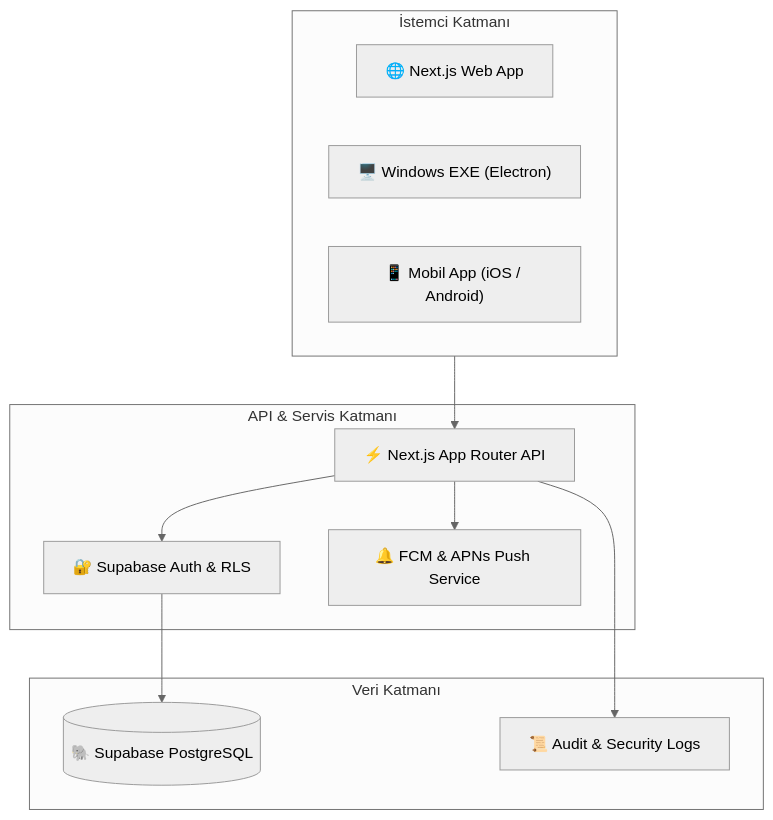
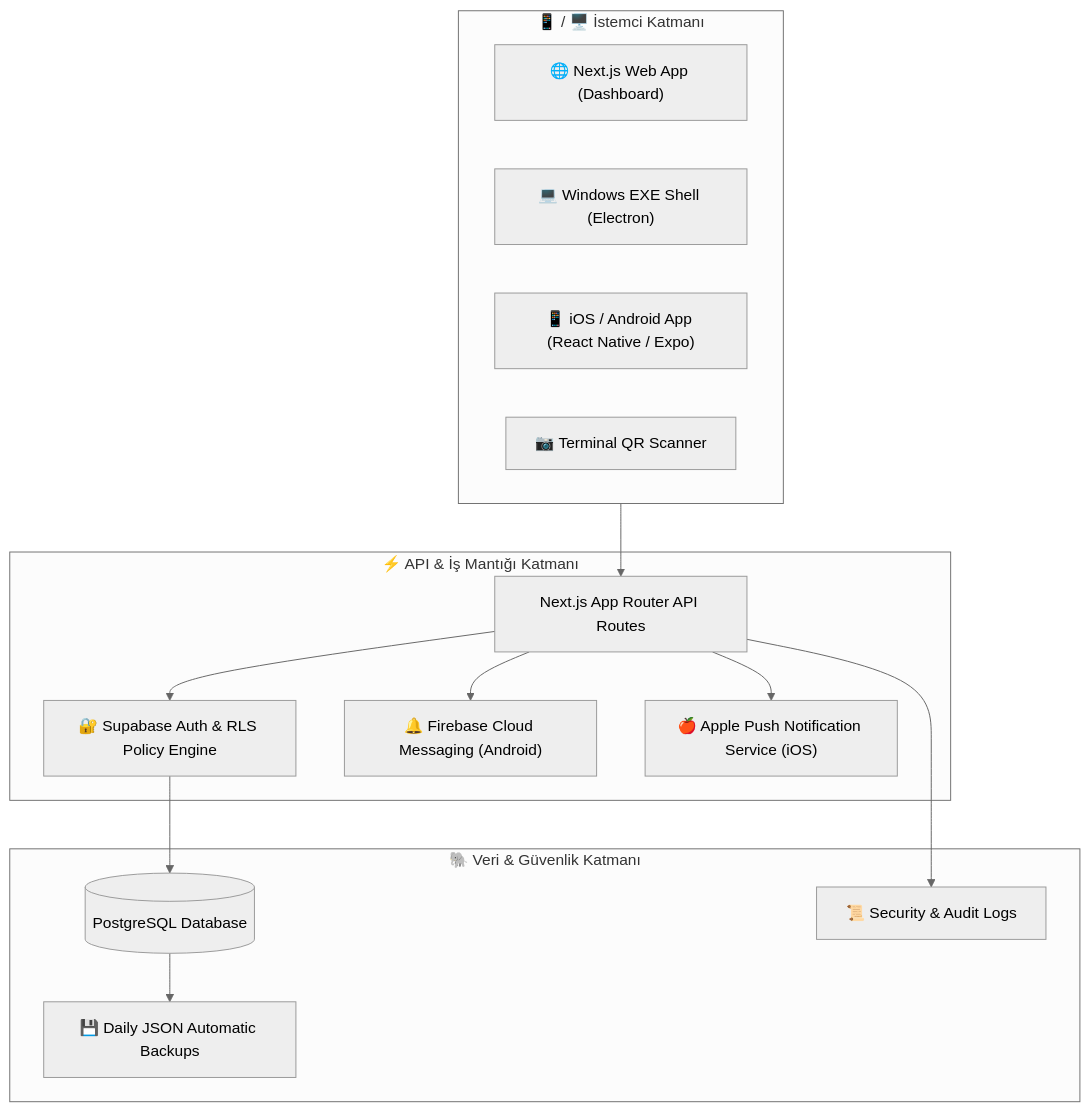
One commit to wasycim/hesap changed the diagram in README.md. Above: the diagram before and after it, drawn with Mermaid (neutral theme). The commit also changed other lines of this file, not shown here.

````diff
--- a/README.md
+++ b/README.md
@@ -66,25 +78,30 @@
 ```mermaid
 flowchart TD
-    subgraph Client["İstemci Katmanı"]
-        WEB["🌐 Next.js Web App"]
-        EXE["🖥️ Windows EXE (Electron)"]
-        MOB["📱 Mobil App (iOS / Android)"]
+    subgraph Clients["📱 / 🖥️ İstemci Katmanı"]
+        WEB["🌐 Next.js Web App (Dashboard)"]
+        EXE["💻 Windows EXE Shell (Electron)"]
+        MOB["📱 iOS / Android App (React Native / Expo)"]
+        QR["📷 Terminal QR Scanner"]
     end
 
-    subgraph Backend["API & Servis Katmanı"]
-        API["⚡ Next.js App Router API"]
-        AUTH["🔐 Supabase Auth & RLS"]
-        NOTIF["🔔 FCM & APNs Push Service"]
+    subgraph ServiceLayer["⚡ API & İş Mantığı Katmanı"]
+        API["Next.js App Router API Routes"]
+        AUTH["🔐 Supabase Auth & RLS Policy Engine"]
+        FCM["🔔 Firebase Cloud Messaging (Android)"]
+        APNS["🍎 Apple Push Notification Service (iOS)"]
     end
 
-    subgraph Storage["Veri Katmanı"]
-        DB[(🐘 Supabase PostgreSQL)]
-        AUDIT[📜 Audit & Security Logs]
+    subgraph StorageLayer["🐘 Veri & Güvenlik Katmanı"]
+        DB[(PostgreSQL Database)]
+        AUDIT[📜 Security & Audit Logs]
+        BACKUP[💾 Daily JSON Automatic Backups]
     end
 
-    Client --> API
+    Clients --> API
     API --> AUTH
     AUTH --> DB
-    API --> NOTIF
+    API --> FCM
+    API --> APNS
     API --> AUDIT
+    DB --> BACKUP
 ```
````
